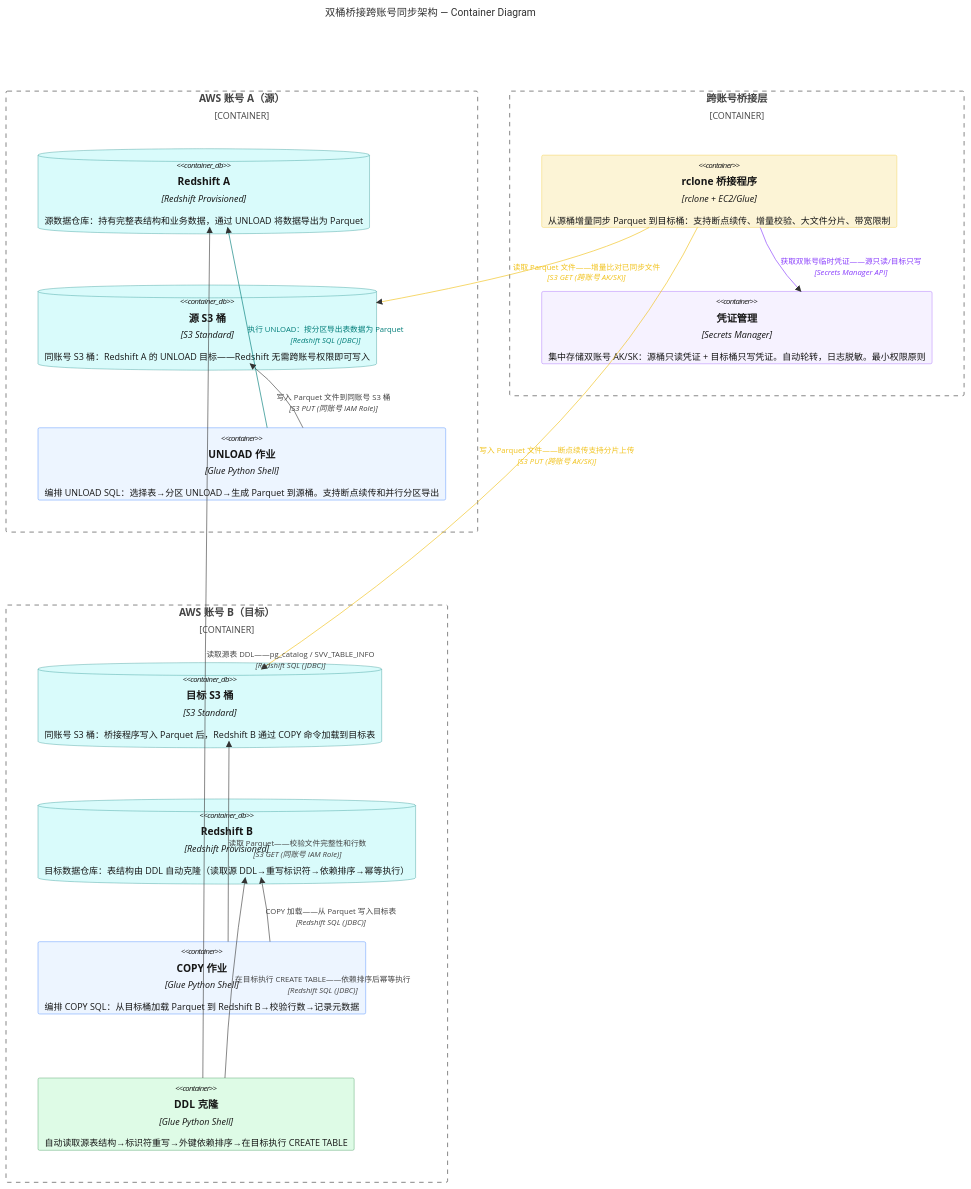
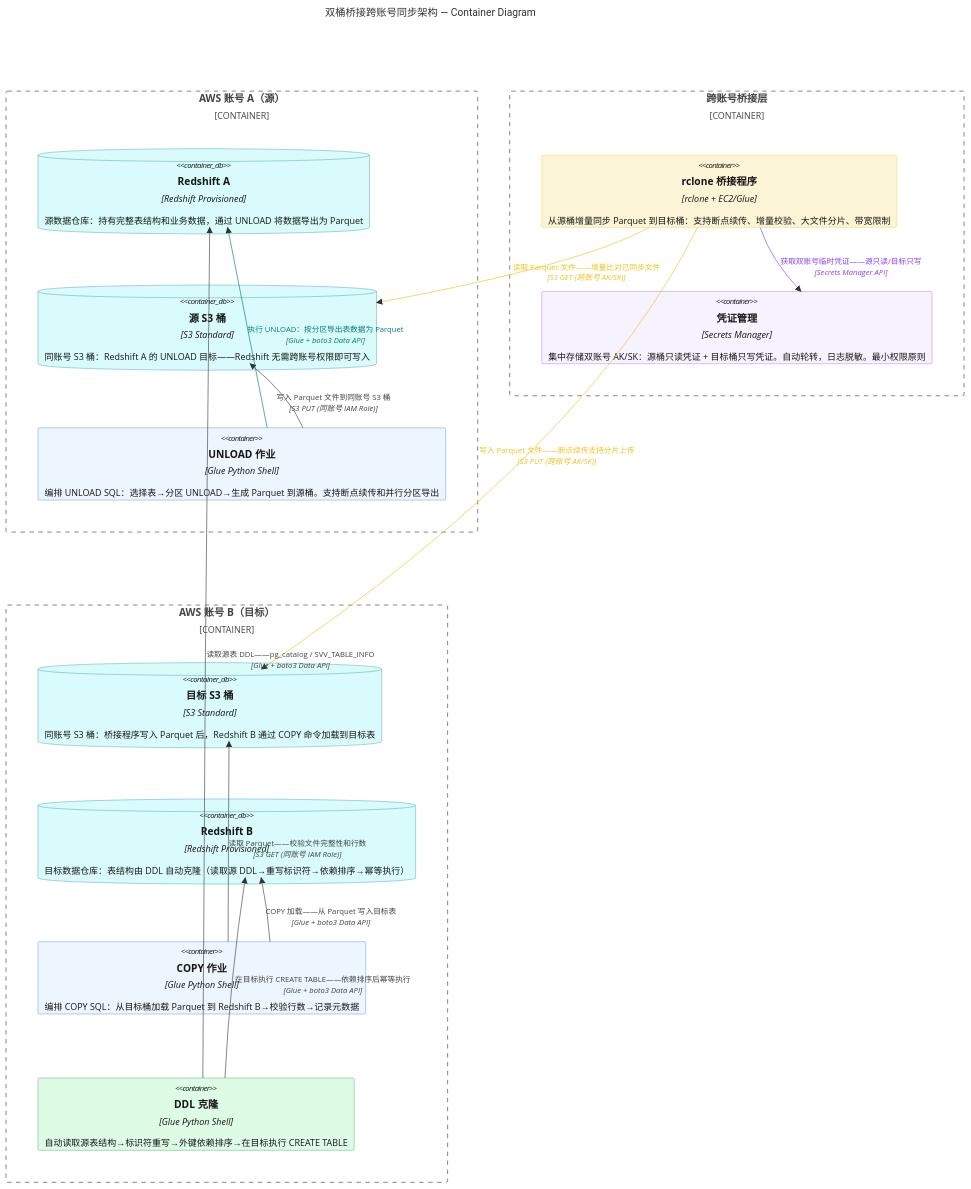
One commit to zhiweio/from-data-to-intelligence changed the second of 8 diagrams in docs/32-跨账号批量同步-双桶桥接架构.md. Above: the diagram before and after it, drawn with Mermaid. The commit also changed other lines of this file and 69 other files, not shown here.

````diff
--- a/docs/32-跨账号批量同步-双桶桥接架构.md
+++ b/docs/32-跨账号批量同步-双桶桥接架构.md
@@ -53,49 +59,49 @@
 ```mermaid
 C4Container
  title 双桶桥接跨账号同步架构 — Container Diagram
 
  Container_Boundary(acct_a, "AWS 账号 A（源）", "源数据所在 AWS 账号——Redshift 只有同账号 S3 权限") {
  ContainerDb(rs_a, "Redshift A", "Redshift Provisioned", "源数据仓库：持有完整表结构和业务数据，通过 UNLOAD 将数据导出为 Parquet")
  ContainerDb(bucket_a, "源 S3 桶", "S3 Standard", "同账号 S3 桶：Redshift A 的 UNLOAD 目标——Redshift 无需跨账号权限即可写入")
  Container(unload, "UNLOAD 作业", "Glue Python Shell", "编排 UNLOAD SQL：选择表→分区 UNLOAD→生成 Parquet 到源桶。支持断点续传和并行分区导出")
  }
 
  Container_Boundary(bridge, "跨账号桥接层", "安全域边界——只有桥接程序持有双账号凭证，Redshift 两端均无跨账号权限") {
  Container(rclone, "rclone 桥接程序", "rclone + EC2/Glue", "从源桶增量同步 Parquet 到目标桶：支持断点续传、增量校验、大文件分片、带宽限制")
  Container(cred_mgr, "凭证管理", "Secrets Manager", "集中存储双账号 AK/SK：源桶只读凭证 + 目标桶只写凭证。自动轮转，日志脱敏。最小权限原则")
  }
 
  Container_Boundary(acct_b, "AWS 账号 B（目标）", "目标 AWS 账号——Redshift 从同账号 S3 桶 COPY 加载") {
  ContainerDb(bucket_b, "目标 S3 桶", "S3 Standard", "同账号 S3 桶：桥接程序写入 Parquet 后，Redshift B 通过 COPY 命令加载到目标表")
  ContainerDb(rs_b, "Redshift B", "Redshift Provisioned", "目标数据仓库：表结构由 DDL 自动克隆（读取源 DDL→重写标识符→依赖排序→幂等执行）")
  Container(copy_job, "COPY 作业", "Glue Python Shell", "编排 COPY SQL：从目标桶加载 Parquet 到 Redshift B→校验行数→记录元数据")
  Container(ddl_clone, "DDL 克隆", "Glue Python Shell", "自动读取源表结构→标识符重写→外键依赖排序→在目标执行 CREATE TABLE")
  }
 
- Rel(unload, rs_a, "执行 UNLOAD：按分区导出表数据为 Parquet", "Redshift SQL (JDBC)")
+ Rel(unload, rs_a, "执行 UNLOAD：按分区导出表数据为 Parquet", "Glue + boto3 Data API")
  Rel(unload, bucket_a, "写入 Parquet 文件到同账号 S3 桶", "S3 PUT (同账号 IAM Role)")
  Rel(rclone, bucket_a, "读取 Parquet 文件——增量比对已同步文件", "S3 GET (跨账号 AK/SK)")
  Rel(rclone, bucket_b, "写入 Parquet 文件——断点续传支持分片上传", "S3 PUT (跨账号 AK/SK)")
  Rel(rclone, cred_mgr, "获取双账号临时凭证——源只读/目标只写", "Secrets Manager API")
  Rel(copy_job, bucket_b, "读取 Parquet——校验文件完整性和行数", "S3 GET (同账号 IAM Role)")
- Rel(copy_job, rs_b, "COPY 加载——从 Parquet 写入目标表", "Redshift SQL (JDBC)")
- Rel(ddl_clone, rs_a, "读取源表 DDL——pg_catalog / SVV_TABLE_INFO", "Redshift SQL (JDBC)")
- Rel(ddl_clone, rs_b, "在目标执行 CREATE TABLE——依赖排序后幂等执行", "Redshift SQL (JDBC)")
+ Rel(copy_job, rs_b, "COPY 加载——从 Parquet 写入目标表", "Glue + boto3 Data API")
+ Rel(ddl_clone, rs_a, "读取源表 DDL——pg_catalog / SVV_TABLE_INFO", "Glue + boto3 Data API")
+ Rel(ddl_clone, rs_b, "在目标执行 CREATE TABLE——依赖排序后幂等执行", "Glue + boto3 Data API")
 
  UpdateElementStyle(rs_a, $bgColor="#d9fbfb", $fontColor="#161616", $borderColor="#007d79")
  UpdateElementStyle(bucket_a, $bgColor="#d9fbfb", $fontColor="#161616", $borderColor="#007d79")
  UpdateElementStyle(unload, $bgColor="#edf5ff", $fontColor="#161616", $borderColor="#0f62fe")
  UpdateElementStyle(rclone, $bgColor="#fcf4d6", $fontColor="#161616", $borderColor="#f1c21b")
  UpdateElementStyle(cred_mgr, $bgColor="#f6f2ff", $fontColor="#161616", $borderColor="#8a3ffc")
  UpdateElementStyle(bucket_b, $bgColor="#d9fbfb", $fontColor="#161616", $borderColor="#007d79")
  UpdateElementStyle(rs_b, $bgColor="#d9fbfb", $fontColor="#161616", $borderColor="#007d79")
  UpdateElementStyle(copy_job, $bgColor="#edf5ff", $fontColor="#161616", $borderColor="#0f62fe")
  UpdateElementStyle(ddl_clone, $bgColor="#defbe6", $fontColor="#161616", $borderColor="#198038")
 
  UpdateRelStyle(unload, rs_a, $textColor="#007d79", $lineColor="#007d79")
  UpdateRelStyle(rclone, bucket_a, $textColor="#f1c21b", $lineColor="#f1c21b")
  UpdateRelStyle(rclone, bucket_b, $textColor="#f1c21b", $lineColor="#f1c21b")
  UpdateRelStyle(rclone, cred_mgr, $textColor="#8a3ffc", $lineColor="#8a3ffc")
 
  UpdateLayoutConfig($c4ShapeInRow="5", $c4BoundaryInRow="2")
 ```
````
